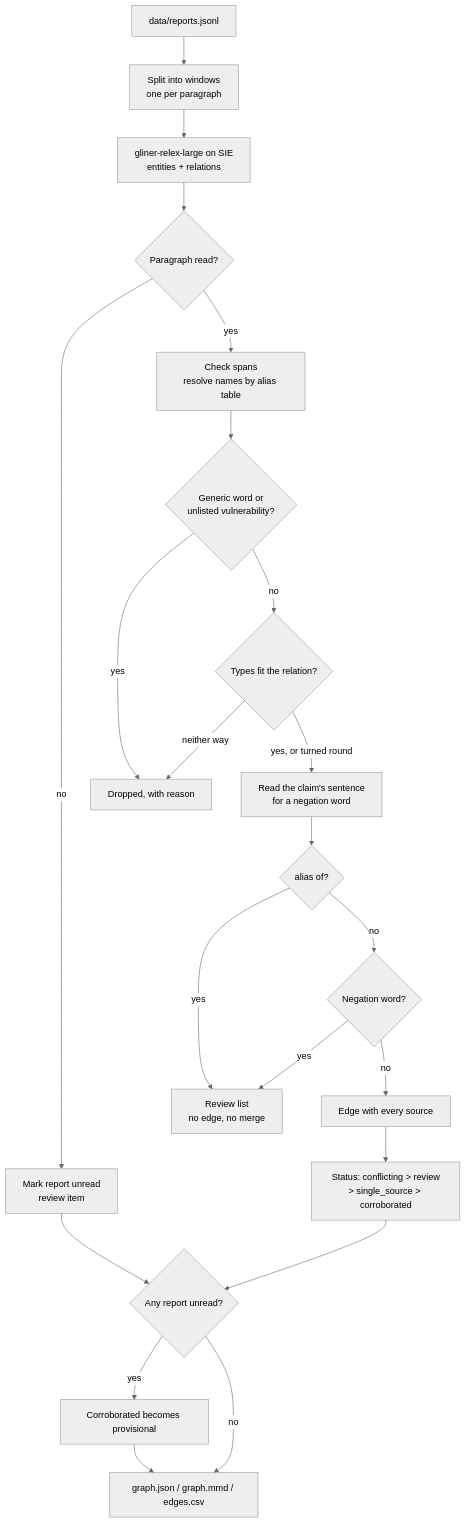
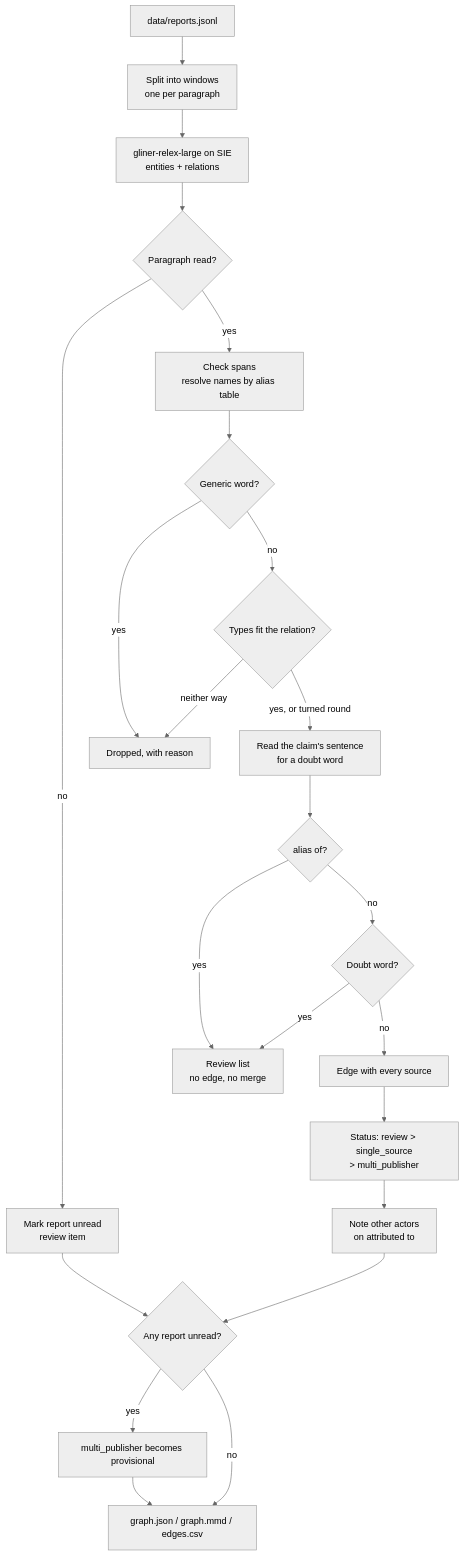
The diagram in security/threat_relations/README.md (superlinked/cookbook), drawn with Mermaid (neutral theme) before and after one commit. The commit also changed other lines of this file and 4 other files, not shown here.

````diff
--- a/security/threat_relations/README.md
+++ b/security/threat_relations/README.md
@@ -134,24 +162,25 @@
 ```mermaid
 flowchart TD
     R[data/reports.jsonl] --> W[Split into windows<br/>one per paragraph]
     W --> X[gliner-relex-large on SIE<br/>entities + relations]
     X --> U{Paragraph read?}
     U -- no --> UR[Mark report unread<br/>review item]
     U -- yes --> N[Check spans<br/>resolve names by alias table]
-    N --> G{Generic word or<br/>unlisted vulnerability?}
+    N --> G{Generic word?}
     G -- yes --> D[Dropped, with reason]
     G -- no --> T{Types fit the relation?}
     T -- neither way --> D
-    T -- yes, or turned round --> NG[Read the claim's sentence<br/>for a negation word]
+    T -- yes, or turned round --> NG[Read the claim's sentence<br/>for a doubt word]
     NG --> A{alias of?}
     A -- yes --> RV[Review list<br/>no edge, no merge]
-    A -- no --> NW{Negation word?}
+    A -- no --> NW{Doubt word?}
     NW -- yes --> RV
     NW -- no --> E[Edge with every source]
-    E --> S[Status: conflicting > review<br/>> single_source > corroborated]
+    E --> S[Status: review > single_source<br/>> multi_publisher]
+    S --> AT[Note other actors<br/>on attributed to]
     UR --> P{Any report unread?}
-    S --> P
-    P -- yes --> PV[Corroborated becomes provisional]
+    AT --> P
+    P -- yes --> PV[multi_publisher becomes provisional]
     P -- no --> O[graph.json / graph.mmd / edges.csv]
     PV --> O
 ```
````
